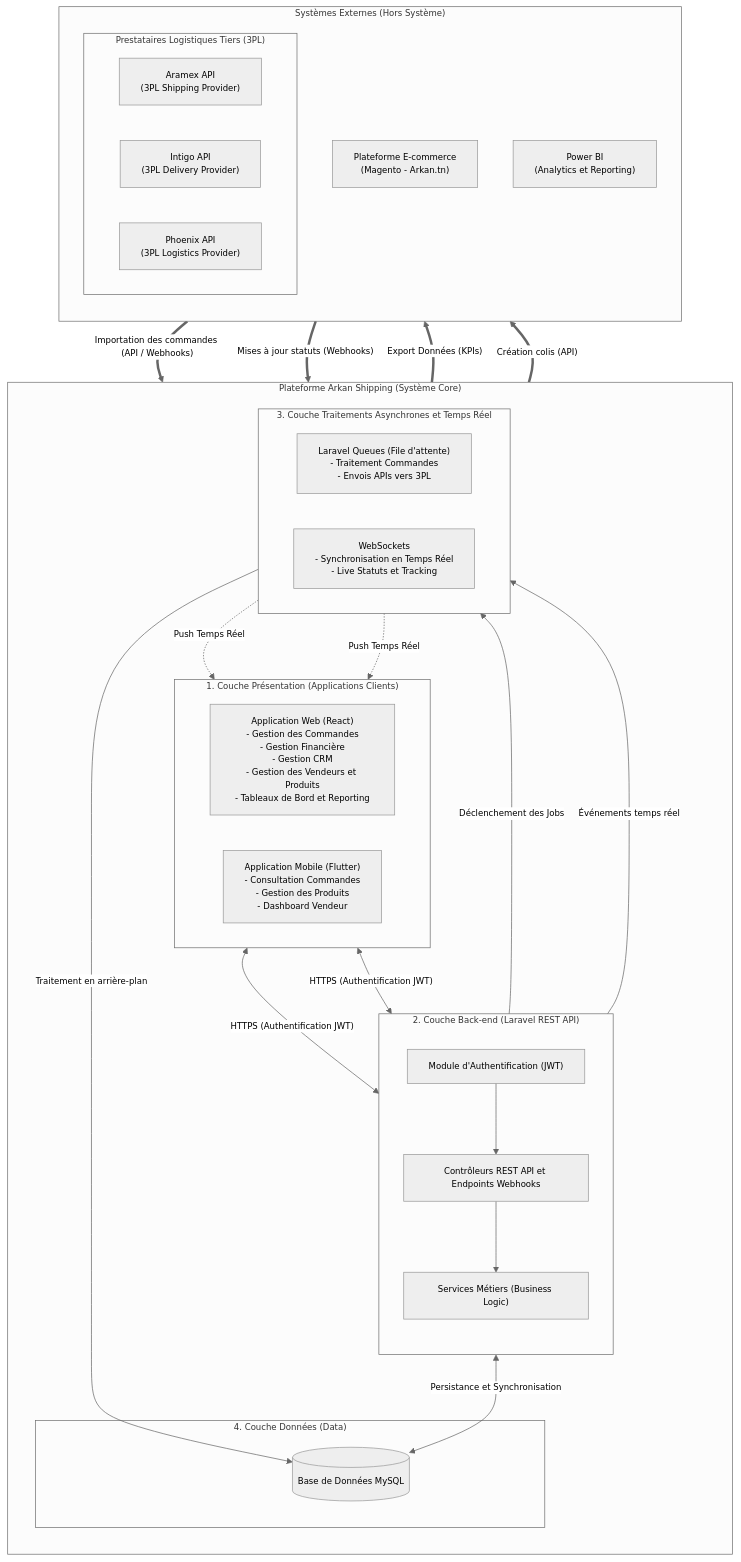
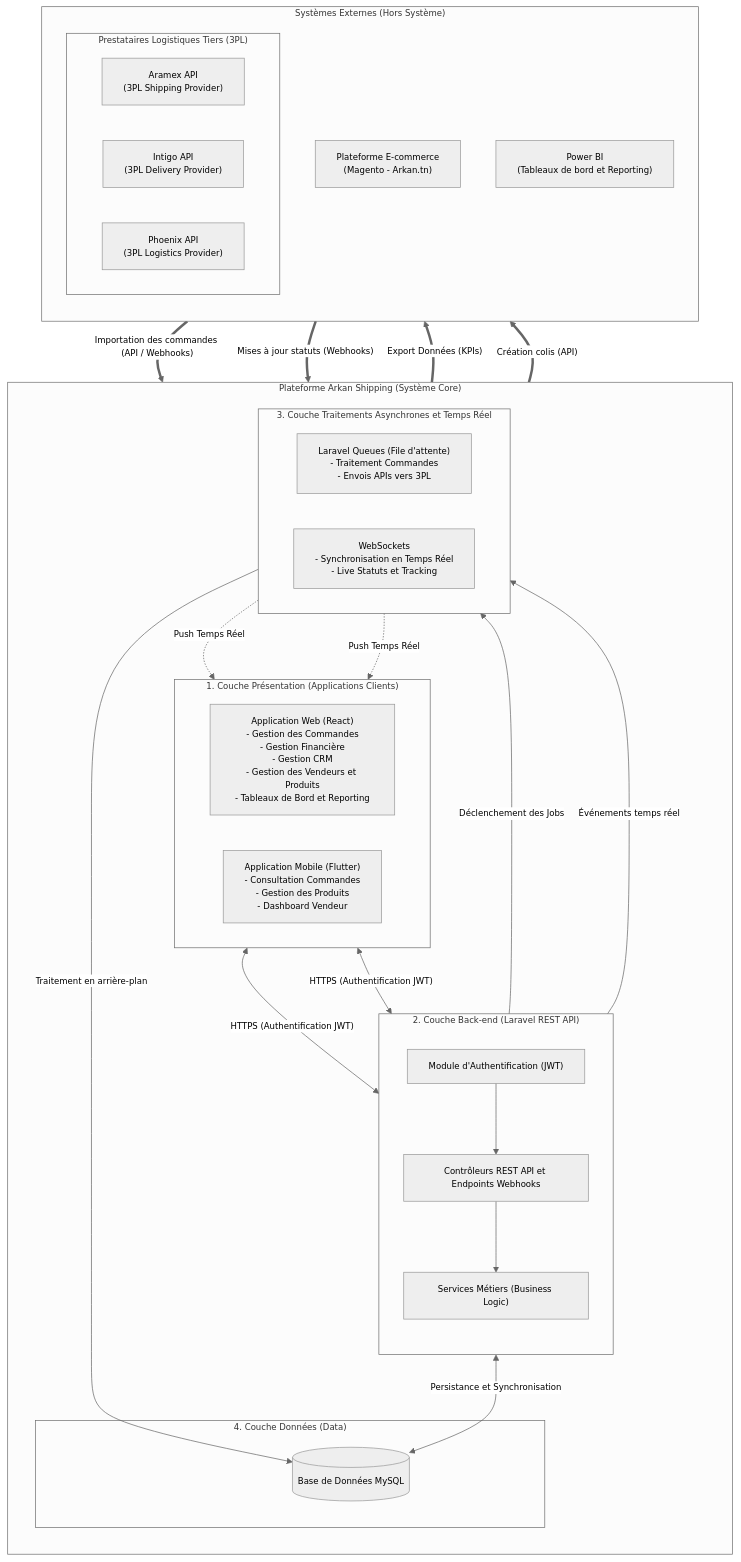
Before and after one commit to ayoubmek/PFE_data_science: the diagram in Rapport/diagrams/architecture.mmd, drawn with Mermaid. The commit also changed 73 other files, not shown here.

```diff
--- a/Rapport/diagrams/architecture.mmd
+++ b/Rapport/diagrams/architecture.mmd
@@ -1,77 +1,77 @@
 %%{init: {'theme': 'neutral', 'themeVariables': {'fontFamily': 'Times New Roman', 'fontSize': '12px'}}}%%
 flowchart TB
     %% Core System Box
     subgraph CORE["Plateforme Arkan Shipping (Système Core)"]
         direction TB
 
         %% 1. Frontend Layer
         subgraph FRONTEND["1. Couche Présentation (Applications Clients)"]
             direction LR
             WEB["Application Web (React)\n- Gestion des Commandes\n- Gestion Financière\n- Gestion CRM\n- Gestion des Vendeurs et Produits\n- Tableaux de Bord et Reporting"]
             MOBILE["Application Mobile (Flutter)\n- Consultation Commandes\n- Gestion des Produits\n- Dashboard Vendeur"]
         end
 
         %% 2. Backend Layer
         subgraph BACKEND["2. Couche Back-end (Laravel REST API)"]
             direction TB
             AUTH["Module d'Authentification (JWT)"]
             CTRL["Contrôleurs REST API et Endpoints Webhooks"]
             SVC["Services Métiers (Business Logic)"]
         end
 
         %% 3. Async et Real-time Layer
         subgraph ASYNC["3. Couche Traitements Asynchrones et Temps Réel"]
             direction LR
             QUEUE["Laravel Queues (File d'attente)\n- Traitement Commandes\n- Envois APIs vers 3PL"]
             WEBSOCKETS["WebSockets\n- Synchronisation en Temps Réel\n- Live Statuts et Tracking"]
         end
 
         %% 4. Data Layer
         subgraph DATA_LAYER["4. Couche Données (Data)"]
             MYSQL[("Base de Données MySQL")]
         end
     end
 
     %% External Systems Box
     subgraph EXTERNES["Systèmes Externes (Hors Système)"]
         direction TB
         MAGENTO["Plateforme E-commerce\n(Magento - Arkan.tn)"]
         
         subgraph PROVIDERS_3PL["Prestataires Logistiques Tiers (3PL)"]
             direction LR
             ARAMEX["Aramex API\n(3PL Shipping Provider)"]
             INTIGO["Intigo API\n(3PL Delivery Provider)"]
             PHOENIX["Phoenix API\n(3PL Logistics Provider)"]
         end
         
-        PBI["Power BI\n(Analytics et Reporting)"]
+        PBI["Power BI\n(Tableaux de bord et Reporting)"]
     end
 
     %% System Flows / Minimal meaningful arrows
     %% Flows between Magento and Backend
     MAGENTO ==>|"Importation des commandes (API / Webhooks)"| CTRL
     
     %% Flows between Frontend and Backend (HTTPS + JWT)
     WEB <-->|"HTTPS (Authentification JWT)"| AUTH
     MOBILE <-->|"HTTPS (Authentification JWT)"| AUTH
     
     %% Backend internal routing
     AUTH --> CTRL
     CTRL --> SVC
     
     %% Backend to Async layer
     SVC -->|"Déclenchement des Jobs"| QUEUE
     SVC -->|"Événements temps réel"| WEBSOCKETS
     
     %% Real-time push updates to apps
     WEBSOCKETS -.->|"Push Temps Réel"| WEB
     WEBSOCKETS -.->|"Push Temps Réel"| MOBILE
     
     %% Data Layer Flow
     SVC <-->|"Persistance et Synchronisation"| MYSQL
     QUEUE -->|"Traitement en arrière-plan"| MYSQL
     
     %% Integration with 3PL Providers and Power BI
     QUEUE ==>|"Création colis (API)"| PROVIDERS_3PL
     PROVIDERS_3PL ==>|"Mises à jour statuts (Webhooks)"| CTRL
     SVC ==>|"Export Données (KPIs)"| PBI
```
